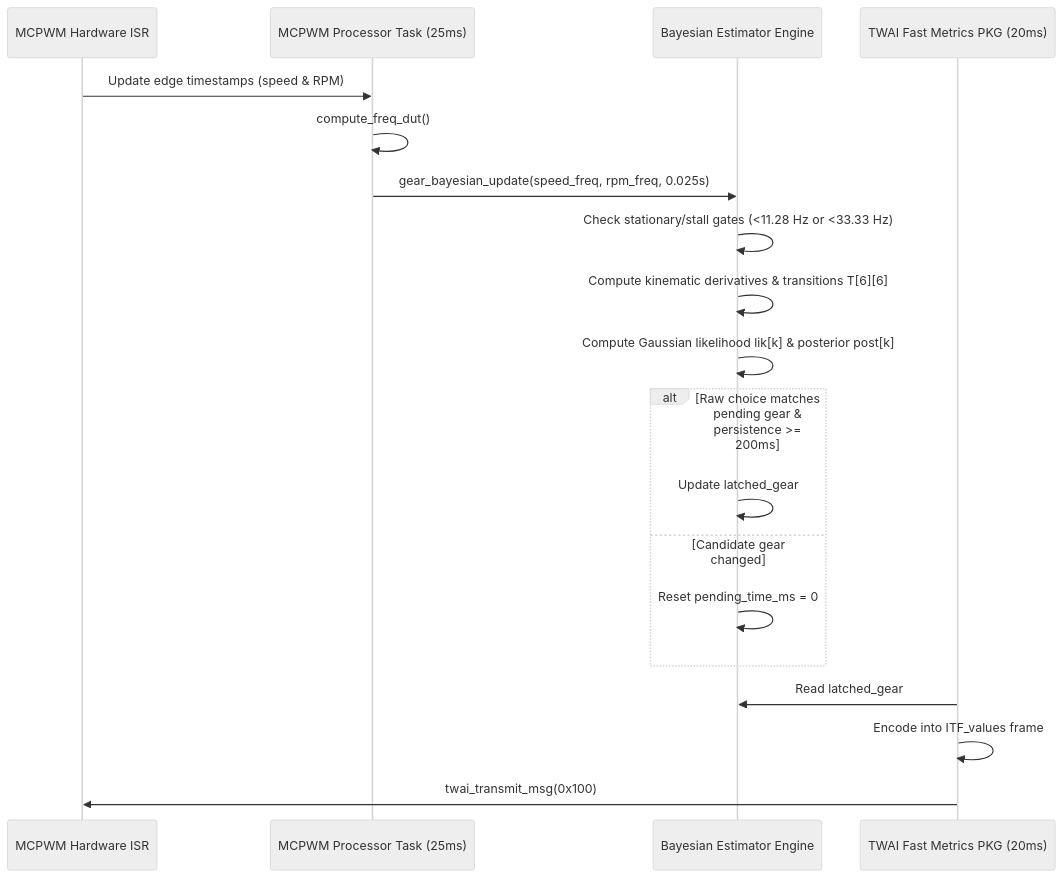
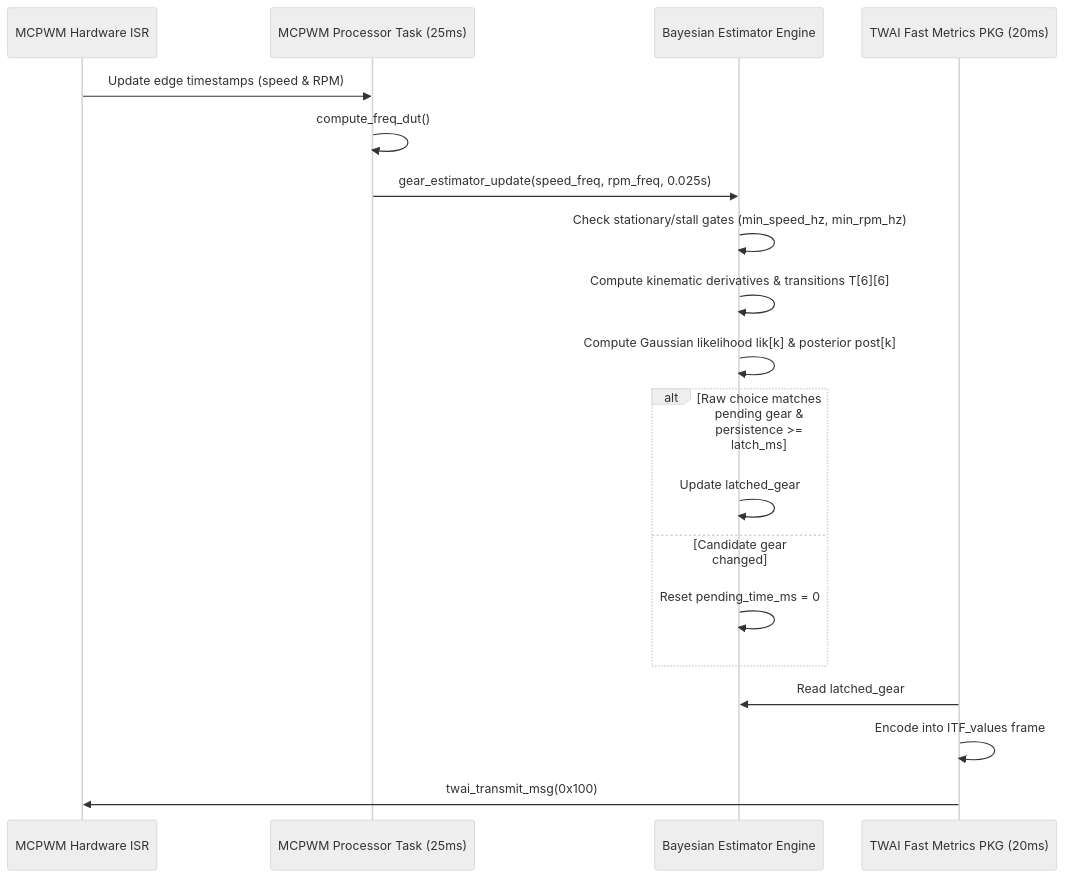
Before and after one commit to martinroger/vx-binocle-espidf: the second of 2 diagrams in interface_board/TOO.MD, drawn with Mermaid (neutral theme). The commit also changed other lines of this file and 9 other files, not shown here.

First line of the commit message:
interface_board: use the vx-gear-estimator component

````diff
--- a/interface_board/TOO.MD
+++ b/interface_board/TOO.MD
@@ -72,22 +63,22 @@
 ```mermaid
 sequenceDiagram
     participant HW as MCPWM Hardware ISR
     participant Task as MCPWM Processor Task (25ms)
     participant Bay as Bayesian Estimator Engine
     participant CAN as TWAI Fast Metrics PKG (20ms)
 
     HW->>Task: Update edge timestamps (speed & RPM)
     Task->>Task: compute_freq_dut()
-    Task->>Bay: gear_bayesian_update(speed_freq, rpm_freq, 0.025s)
-    Bay->>Bay: Check stationary/stall gates (<11.28 Hz or <33.33 Hz)
+    Task->>Bay: gear_estimator_update(speed_freq, rpm_freq, 0.025s)
+    Bay->>Bay: Check stationary/stall gates (min_speed_hz, min_rpm_hz)
     Bay->>Bay: Compute kinematic derivatives & transitions T[6][6]
     Bay->>Bay: Compute Gaussian likelihood lik[k] & posterior post[k]
-    alt Raw choice matches pending gear & persistence >= 200ms
+    alt Raw choice matches pending gear & persistence >= latch_ms
         Bay->>Bay: Update latched_gear
     else Candidate gear changed
         Bay->>Bay: Reset pending_time_ms = 0
     end
     CAN->>Bay: Read latched_gear
     CAN->>CAN: Encode into ITF_values frame
     CAN->>HW: twai_transmit_msg(0x100)
 ```
````
